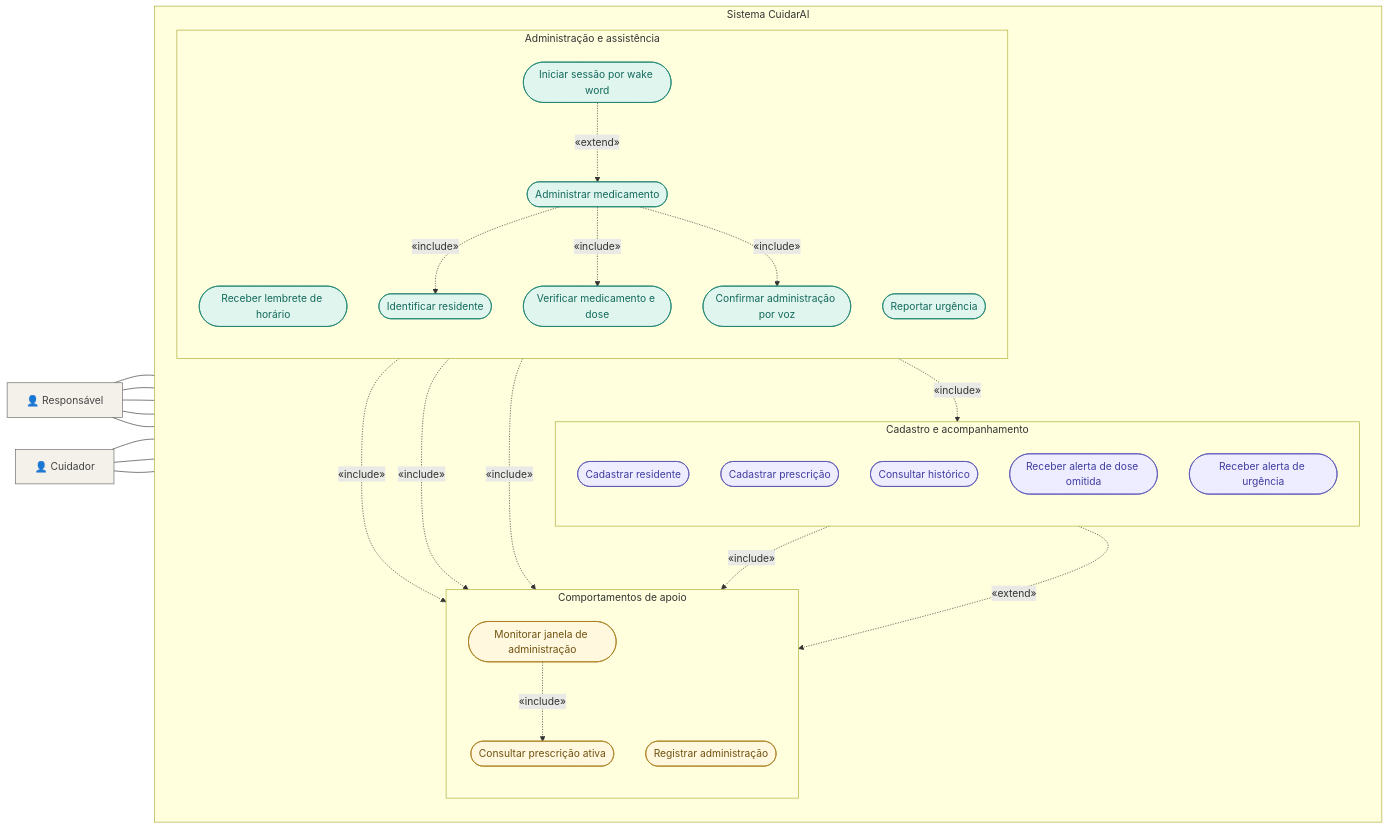
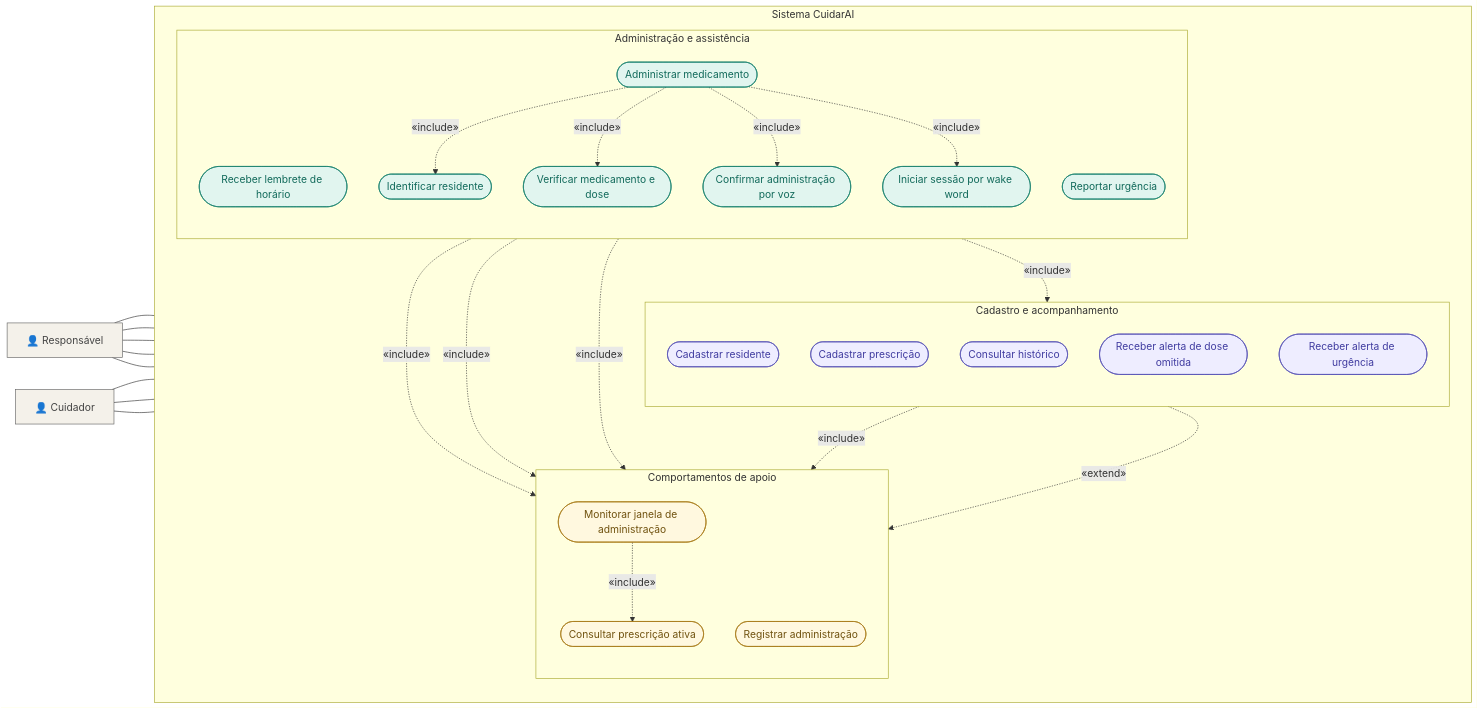
Before and after one commit to jaimejcs/CuidarAI: diagram 23 of 23 in diagramas-mermaid.md, drawn with Mermaid. The commit also changed other lines of this file, not shown here.

Commit message:
fix: aletracao do wake word para include

````diff
--- a/diagramas-mermaid.md
+++ b/diagramas-mermaid.md
@@ -378,67 +378,67 @@
 ```mermaid
 flowchart LR
     RESPONSAVEL["👤 Responsável"]
     CUIDADOR["👤 Cuidador"]
 
     subgraph SISTEMA["Sistema CuidarAI"]
         direction TB
 
         subgraph GESTAO["Cadastro e acompanhamento"]
             direction TB
             UC_CAD_RES([Cadastrar residente])
             UC_CAD_PRESC([Cadastrar prescrição])
             UC_HIST([Consultar histórico])
             UC_ALERTA_OMISSA([Receber alerta de dose omitida])
             UC_ALERTA_URG([Receber alerta de urgência])
         end
 
         subgraph CUIDADO["Administração e assistência"]
             direction TB
             UC_LEMBRETE([Receber lembrete de horário])
             UC_ADMIN([Administrar medicamento])
             UC_WAKE([Iniciar sessão por wake word])
             UC_IDENT([Identificar residente])
             UC_VERIF([Verificar medicamento e dose])
             UC_VOZ([Confirmar administração por voz])
             UC_URG([Reportar urgência])
         end
 
         subgraph APOIO["Comportamentos de apoio"]
             direction TB
             UC_CONS_PRESC([Consultar prescrição ativa])
             UC_MONITORAR([Monitorar janela de administração])
             UC_REGISTRAR([Registrar administração])
         end
     end
 
     RESPONSAVEL --- UC_CAD_RES
     RESPONSAVEL --- UC_CAD_PRESC
     RESPONSAVEL --- UC_HIST
     RESPONSAVEL --- UC_ALERTA_OMISSA
     RESPONSAVEL --- UC_ALERTA_URG
 
     CUIDADOR --- UC_LEMBRETE
     CUIDADOR --- UC_ADMIN
     CUIDADOR --- UC_URG
 
     UC_CAD_PRESC -. "«include»" .-> UC_CONS_PRESC
     UC_LEMBRETE -. "«include»" .-> UC_CONS_PRESC
     UC_ADMIN -. "«include»" .-> UC_IDENT
     UC_ADMIN -. "«include»" .-> UC_VERIF
     UC_ADMIN -. "«include»" .-> UC_CONS_PRESC
     UC_ADMIN -. "«include»" .-> UC_VOZ
     UC_ADMIN -. "«include»" .-> UC_REGISTRAR
-    UC_WAKE -. "«extend»" .-> UC_ADMIN
+    UC_ADMIN -. "«include»" .-> UC_WAKE
     UC_MONITORAR -. "«include»" .-> UC_CONS_PRESC
     UC_ALERTA_OMISSA -. "«extend»" .-> UC_MONITORAR
     UC_URG -. "«include»" .-> UC_ALERTA_URG
 
     classDef actor fill:#f4f1ea,stroke:#666,color:#444,stroke-width:1px;
     classDef management fill:#eeedff,stroke:#5651b5,color:#403ca0;
     classDef care fill:#e1f5ef,stroke:#15806d,color:#126a5b;
     classDef support fill:#fff8df,stroke:#a77a16,color:#70520f;
     class RESPONSAVEL,CUIDADOR actor;
     class UC_CAD_RES,UC_CAD_PRESC,UC_HIST,UC_ALERTA_OMISSA,UC_ALERTA_URG management;
     class UC_LEMBRETE,UC_ADMIN,UC_WAKE,UC_IDENT,UC_VERIF,UC_VOZ,UC_URG care;
     class UC_CONS_PRESC,UC_MONITORAR,UC_REGISTRAR support;
 ```
````
